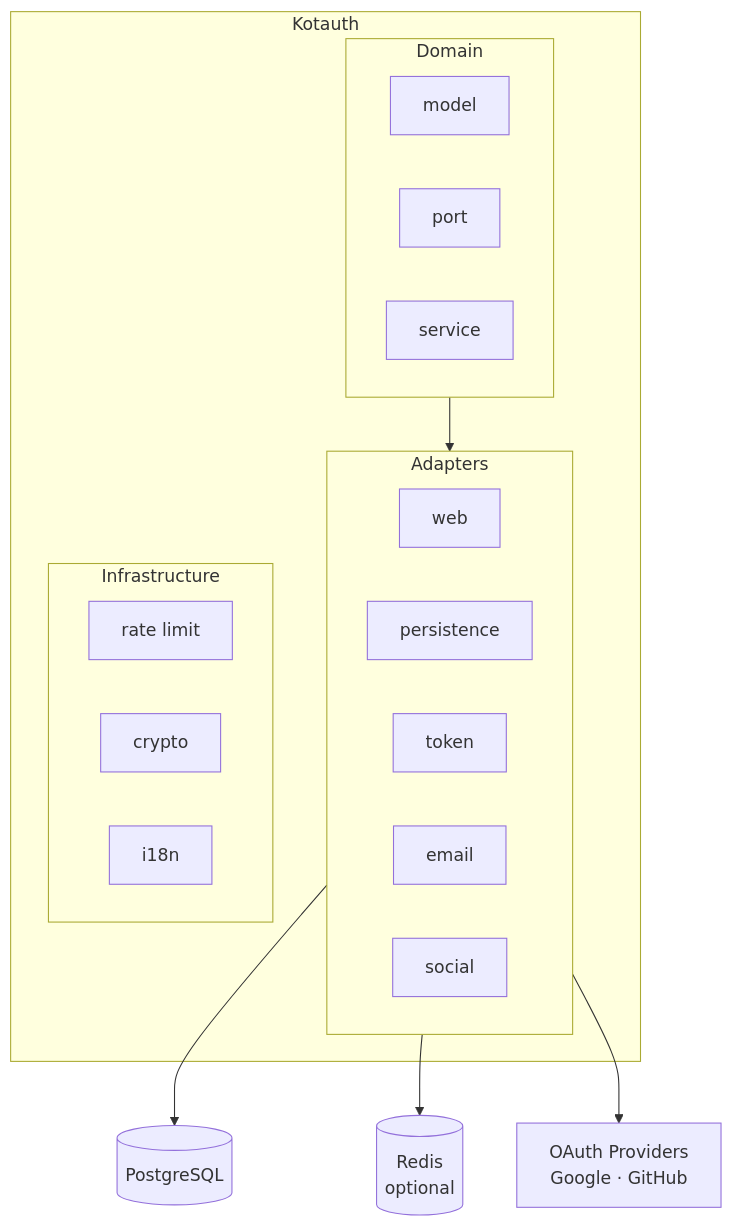
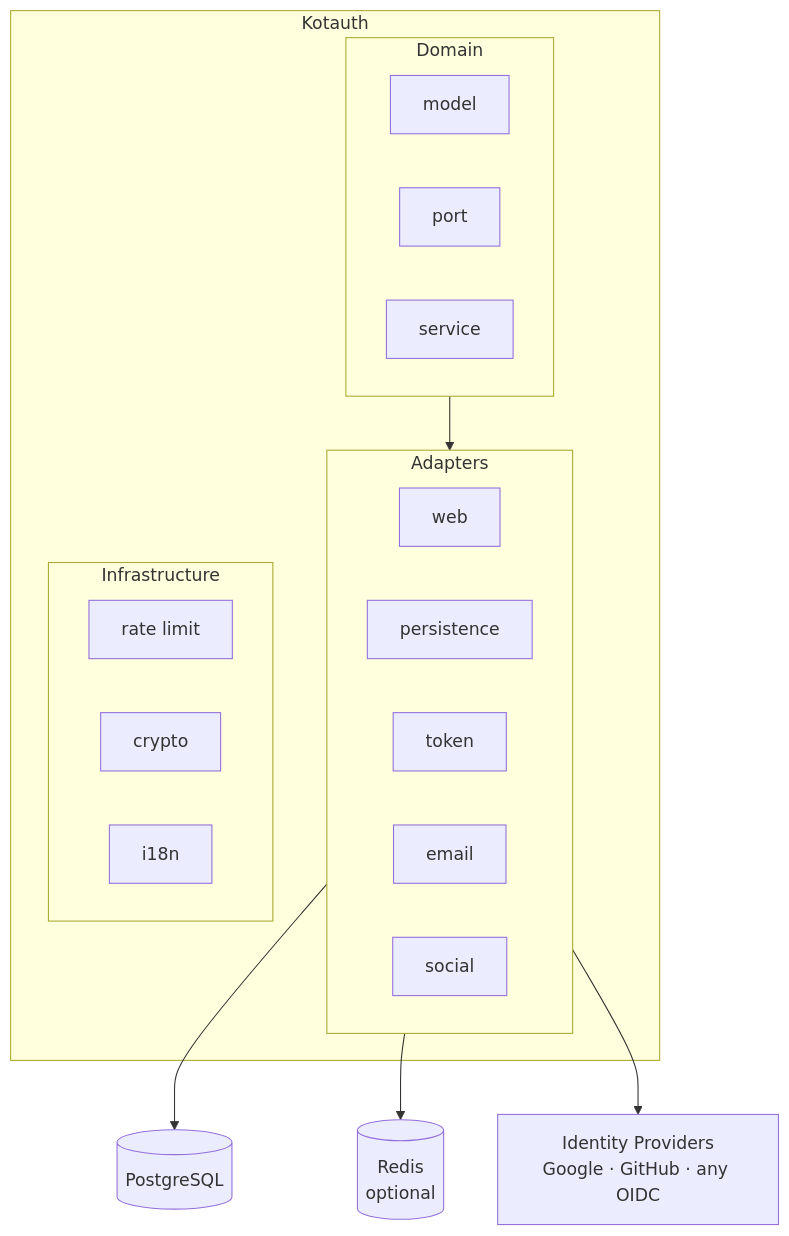
The diagram in src/content/docs/getting-started/introduction.md (InumanSoul/kotauth-docs), drawn with Mermaid before and after one commit. The commit also changed other lines of this file and 13 other files, not shown here.

````diff
--- a/src/content/docs/getting-started/introduction.md
+++ b/src/content/docs/getting-started/introduction.md
@@ -100,27 +112,27 @@
 ```mermaid
 graph TB
     subgraph Kotauth
         subgraph Domain
             M[model]
             P[port]
             S[service]
         end
         subgraph Adapters
             W[web]
             DB[persistence]
             T[token]
             E[email]
             SO[social]
         end
         subgraph Infrastructure
             R[rate limit]
             C[crypto]
             I[i18n]
         end
     end
 
     Domain --> Adapters
     Adapters --> PG[(PostgreSQL)]
     Adapters --> RD[(Redis<br/>optional)]
-    Adapters --> OP[OAuth Providers<br/>Google · GitHub]
+    Adapters --> OP[Identity Providers<br/>Google · GitHub · any OIDC]
 ```
````
